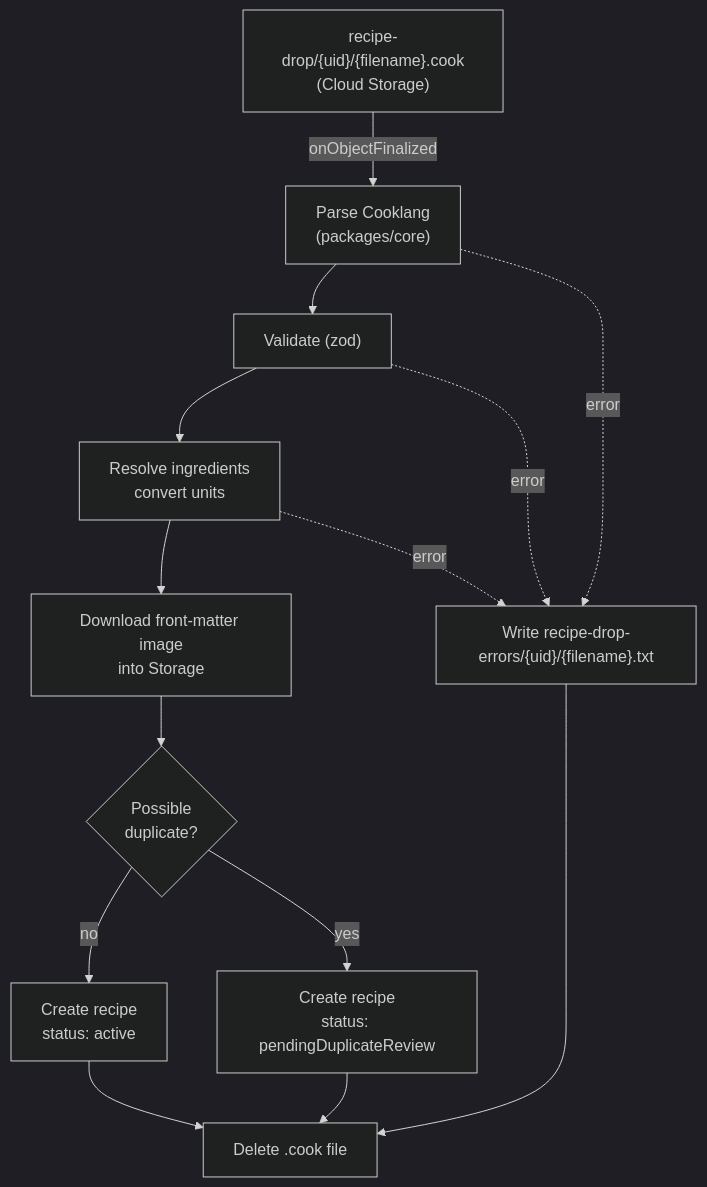
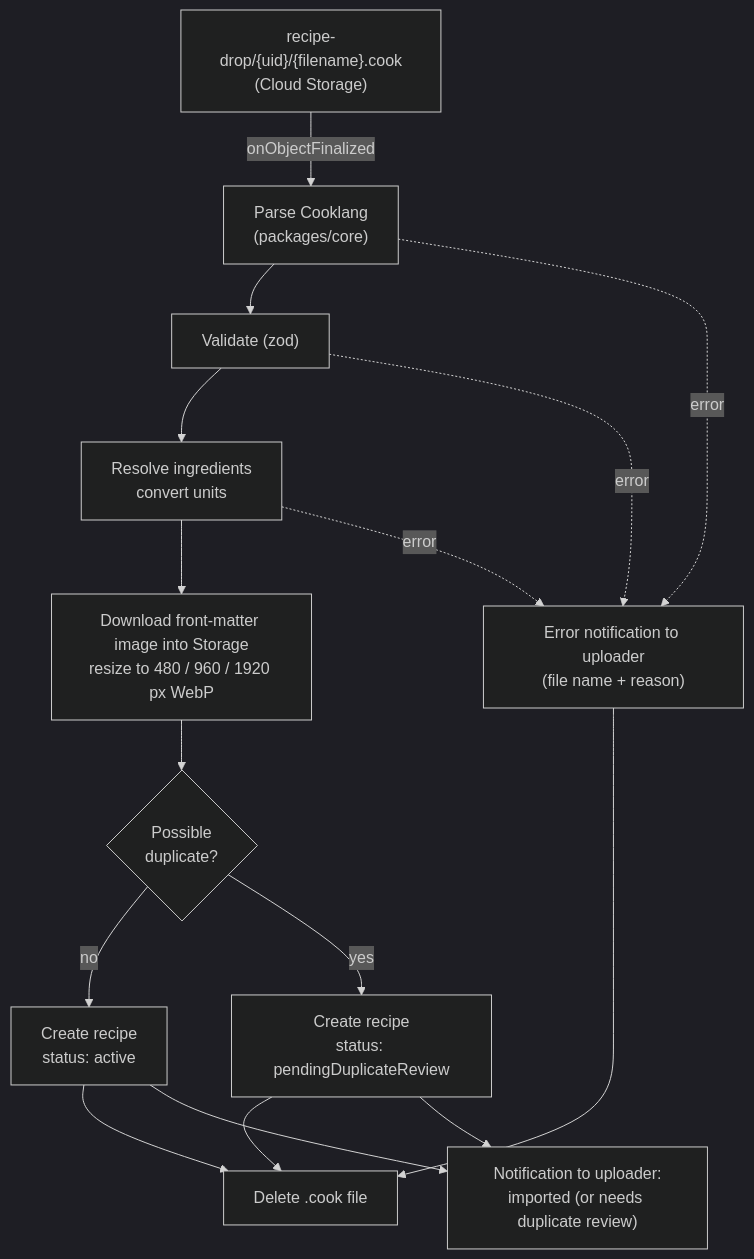
The second of 2 diagrams in TECHNICAL_SPECS.md (BoxThatBeat/solving-food), drawn with Mermaid (dark theme) before and after one commit. The commit also changed other lines of this file and 1 other file, not shown here.

````diff
--- a/TECHNICAL_SPECS.md
+++ b/TECHNICAL_SPECS.md
@@ -413,16 +448,18 @@
 ```mermaid
 flowchart TD
     file["recipe-drop/{uid}/{filename}.cook<br/>(Cloud Storage)"] -- onObjectFinalized --> parse["Parse Cooklang<br/>(packages/core)"]
     parse --> validate["Validate (zod)"]
     validate --> resolve["Resolve ingredients<br/>convert units"]
-    resolve --> image["Download front-matter image<br/>into Storage"]
+    resolve --> image["Download front-matter image into Storage<br/>resize to 480 / 960 / 1920 px WebP"]
     image --> dedupe{"Possible<br/>duplicate?"}
     dedupe -- no --> active["Create recipe<br/>status: active"]
     dedupe -- yes --> pending["Create recipe<br/>status: pendingDuplicateReview"]
     active --> del["Delete .cook file"]
     pending --> del
-    parse -. error .-> err["Write recipe-drop-errors/{uid}/{filename}.txt"]
+    active --> note["Notification to uploader:<br/>imported (or needs duplicate review)"]
+    pending --> note
+    parse -. error .-> err["Error notification to uploader<br/>(file name + reason)"]
     validate -. error .-> err
     resolve -. error .-> err
     err --> del
 ```
````
